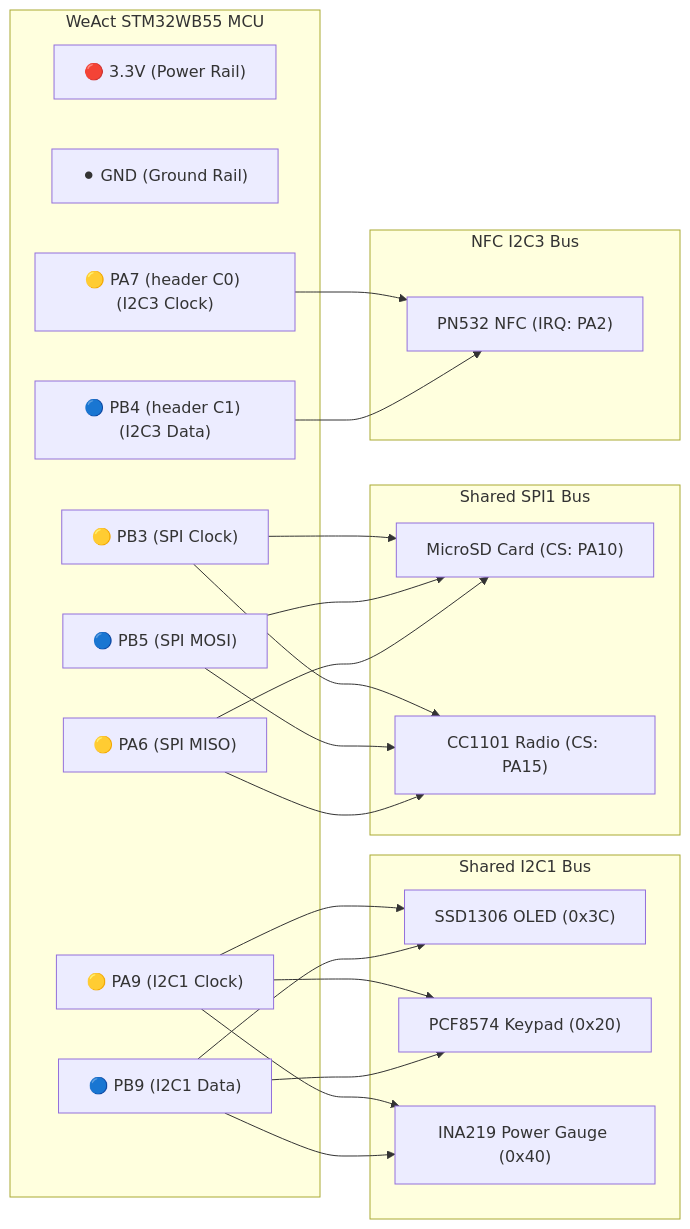
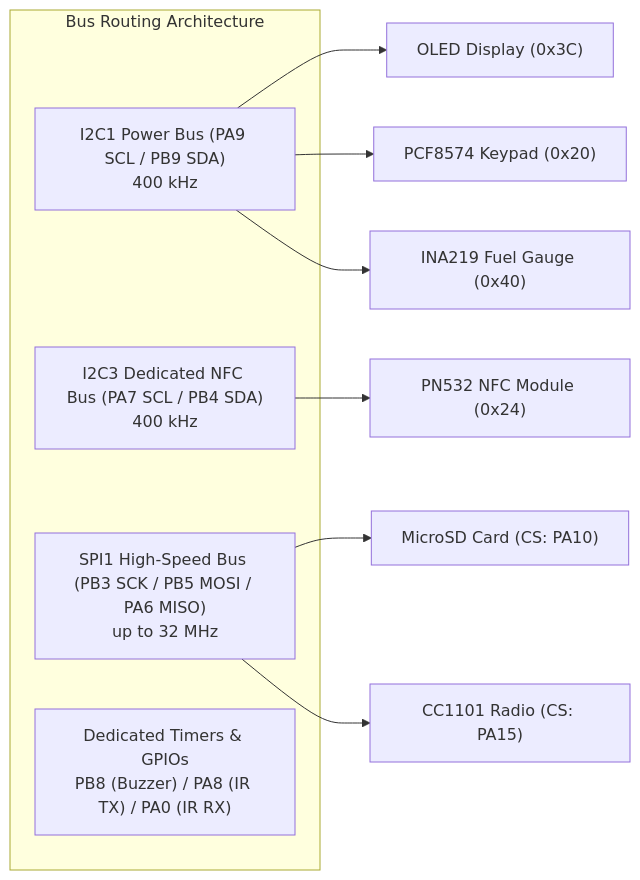
One commit to AJ60/Flipper_OLED_PCF8574_PN532 changed the second of 7 diagrams in ReadMe.md. Above: the diagram before and after it, drawn with Mermaid. The commit also changed other lines of this file, not shown here.

Commit message:
docs: comprehensively refine ReadMe with unified wiring and power chain

````diff
--- a/ReadMe.md
+++ b/ReadMe.md
@@ -125,47 +84,18 @@
 ```mermaid
 graph LR
-    subgraph MCU_Pins [WeAct STM32WB55 MCU]
-        PWR["🔴 3.3V (Power Rail)"]
-        GND["⚫ GND (Ground Rail)"]
-        I2C1_SCL["🟡 PA9 (I2C1 Clock)"]
-        I2C1_SDA["🔵 PB9 (I2C1 Data)"]
-        I2C3_SCL["🟡 PA7 (header C0) (I2C3 Clock)"]
-        I2C3_SDA["🔵 PB4 (header C1) (I2C3 Data)"]
-        SPI_SCK["🟡 PB3 (SPI Clock)"]
-        SPI_MOSI["🔵 PB5 (SPI MOSI)"]
-        SPI_MISO["🟡 PA6 (SPI MISO)"]
+    subgraph Bus_Architecture [Bus Routing Architecture]
+        I2C1["I2C1 Power Bus (PA9 SCL / PB9 SDA)<br>400 kHz"]
+        I2C3["I2C3 Dedicated NFC Bus (PA7 SCL / PB4 SDA)<br>400 kHz"]
+        SPI1["SPI1 High-Speed Bus (PB3 SCK / PB5 MOSI / PA6 MISO)<br>up to 32 MHz"]
+        TIMERS["Dedicated Timers & GPIOs<br>PB8 (Buzzer) / PA8 (IR TX) / PA0 (IR RX)"]
     end
 
-    subgraph I2C_Bus [Shared I2C1 Bus]
-        OLED_MOD["SSD1306 OLED (0x3C)"]
-        PCF_MOD["PCF8574 Keypad (0x20)"]
-        INA_MOD["INA219 Power Gauge (0x40)"]
-    end
-
-    subgraph SPI_Bus [Shared SPI1 Bus]
-        SD_MOD["MicroSD Card (CS: PA10)"]
-        CC_MOD["CC1101 Radio (CS: PA15)"]
-    end
-
-    subgraph NFC_Bus [NFC I2C3 Bus]
-        PN_MOD["PN532 NFC (IRQ: PA2)"]
-    end
-
-    I2C1_SCL --> OLED_MOD
-    I2C1_SCL --> PCF_MOD
-    I2C1_SCL --> INA_MOD
-
-    I2C1_SDA --> OLED_MOD
-    I2C1_SDA --> PCF_MOD
-    I2C1_SDA --> INA_MOD
-
-    SPI_SCK --> SD_MOD
-    SPI_SCK --> CC_MOD
-    SPI_MOSI --> SD_MOD
-    SPI_MOSI --> CC_MOD
-    SPI_MISO --> SD_MOD
-    SPI_MISO --> CC_MOD
-
-    I2C3_SCL --> PN_MOD
-    I2C3_SDA --> PN_MOD
+    I2C1 --> OLED["OLED Display (0x3C)"]
+    I2C1 --> PCF["PCF8574 Keypad (0x20)"]
+    I2C1 --> INA["INA219 Fuel Gauge (0x40)"]
+    
+    I2C3 --> PN532["PN532 NFC Module (0x24)"]
+    
+    SPI1 --> SD["MicroSD Card (CS: PA10)"]
+    SPI1 --> CC1101["CC1101 Radio (CS: PA15)"]
 ```
````
